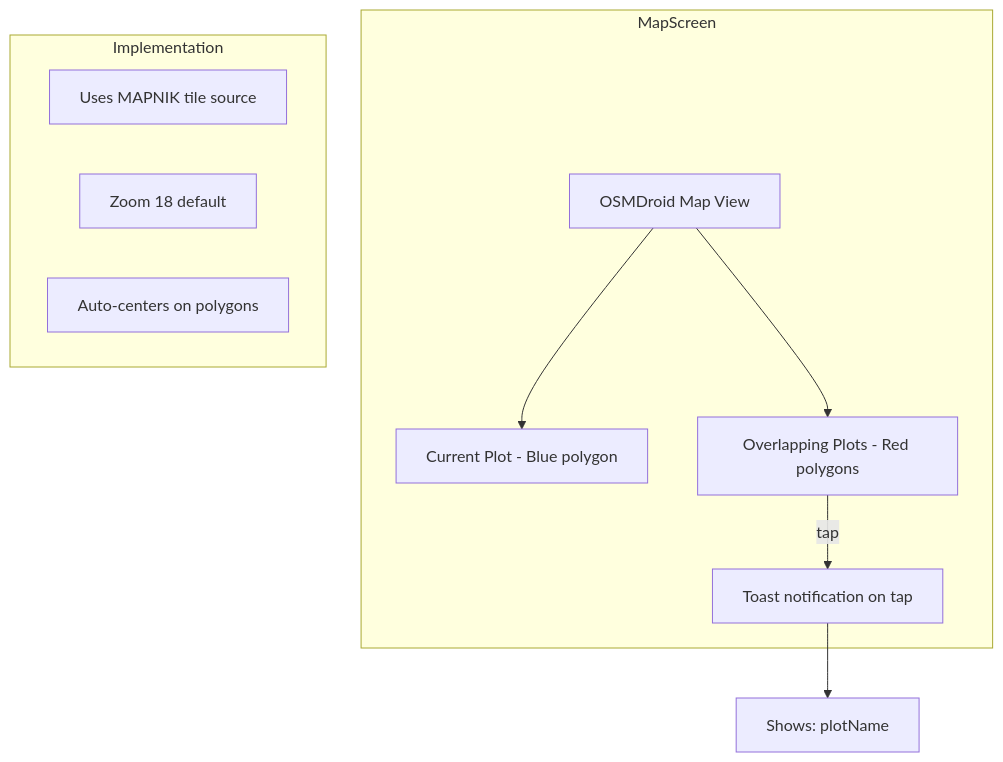
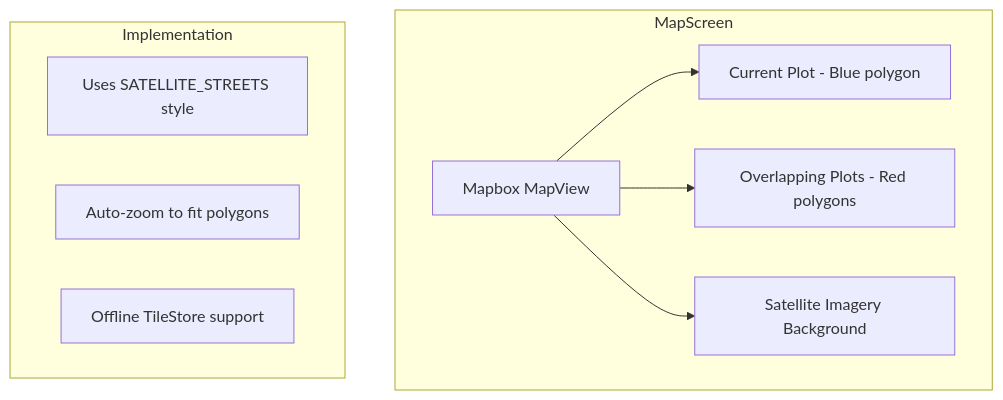
The sixth of 6 diagrams in docs/polygon-validation-implementation-plan.md (akvo/african-bamboo-odk-external-validations), drawn with Mermaid before and after one commit. The commit also changed other lines of this file and 1 other file, not shown here.

First line of the commit message:
[#15] docs: update documentation for Mapbox SDK migration

````diff
--- a/docs/polygon-validation-implementation-plan.md
+++ b/docs/polygon-validation-implementation-plan.md
@@ -183,20 +183,19 @@
 ```mermaid
 flowchart TB
     subgraph MapScreen
-        A[OSMDroid Map View]
+        A[Mapbox MapView]
         B[Current Plot - Blue polygon]
         C[Overlapping Plots - Red polygons]
-        D[Toast notification on tap]
+        D[Satellite Imagery Background]
     end
 
     A --> B
     A --> C
-    C -->|tap| D
-    D --> E[Shows: plotName]
+    A --> D
 
     subgraph Implementation
-        F[Uses MAPNIK tile source]
-        G[Zoom 18 default]
-        H[Auto-centers on polygons]
+        F[Uses SATELLITE_STREETS style]
+        G[Auto-zoom to fit polygons]
+        H[Offline TileStore support]
     end
 ```
````
